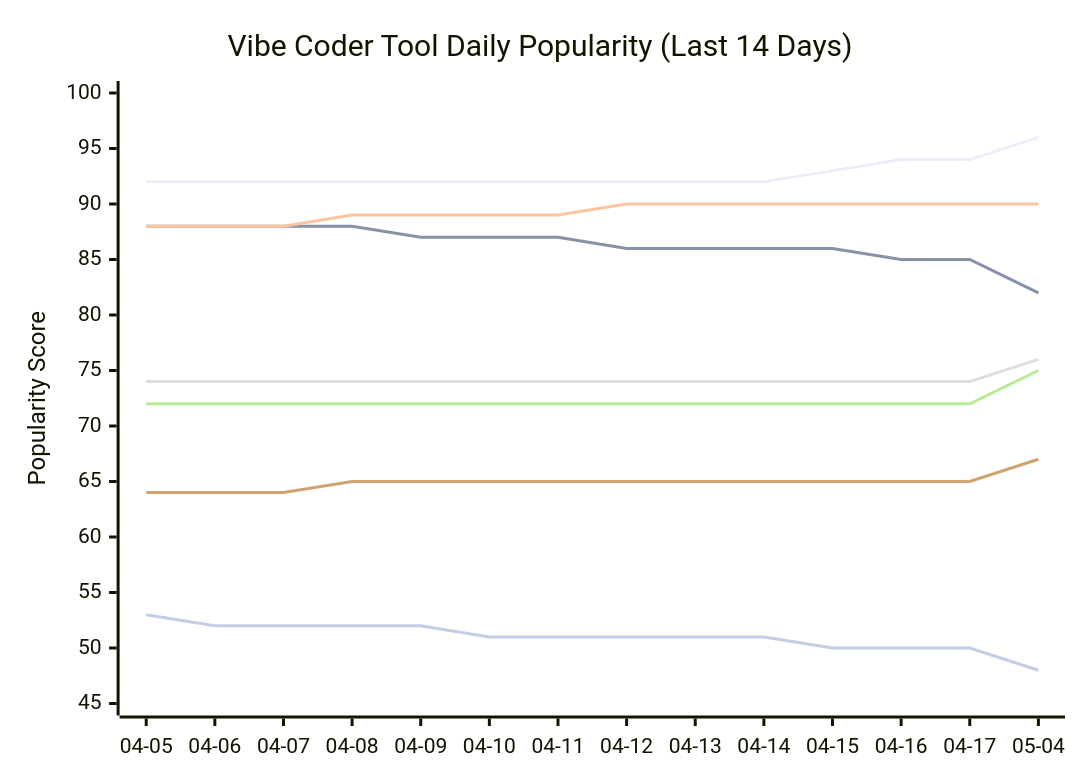
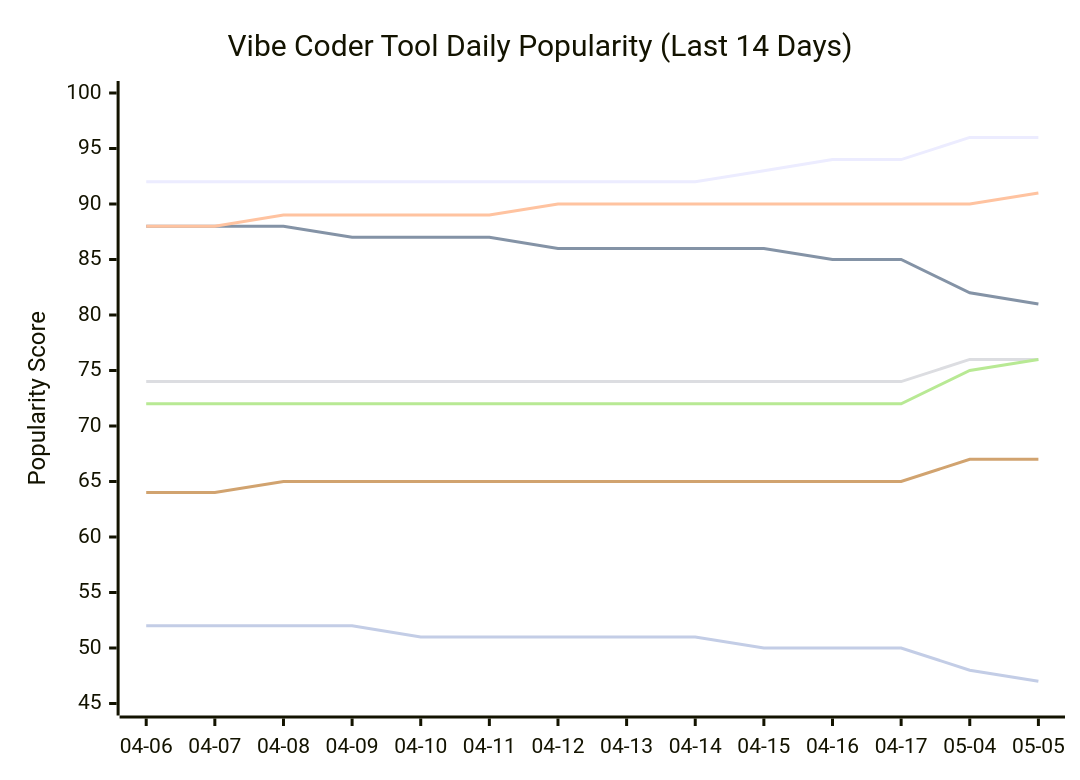
One commit to tykimos/ai-whatchelin changed the seventh of 11 diagrams in README.md. Above: the diagram before and after it, drawn with Mermaid. The commit also changed other lines of this file and 4 other files, not shown here.

````diff
--- a/README.md
+++ b/README.md
@@ -680,13 +692,13 @@
 ```mermaid
 xychart-beta
     title "Vibe Coder Tool Daily Popularity (Last 14 Days)"
-    x-axis ["04-05", "04-06", "04-07", "04-08", "04-09", "04-10", "04-11", "04-12", "04-13", "04-14", "04-15", "04-16", "04-17", "05-04"]
+    x-axis ["04-06", "04-07", "04-08", "04-09", "04-10", "04-11", "04-12", "04-13", "04-14", "04-15", "04-16", "04-17", "05-04", "05-05"]
     y-axis "Popularity Score" 45 --> 100
-    line "Claude Code" [92, 92, 92, 92, 92, 92, 92, 92, 92, 92, 93, 94, 94, 96]
-    line "GH Copilot" [88, 88, 88, 88, 87, 87, 87, 86, 86, 86, 86, 85, 85, 82]
-    line "Cursor" [88, 88, 88, 89, 89, 89, 89, 90, 90, 90, 90, 90, 90, 90]
-    line "Windsurf" [74, 74, 74, 74, 74, 74, 74, 74, 74, 74, 74, 74, 74, 76]
-    line "Codex CLI" [72, 72, 72, 72, 72, 72, 72, 72, 72, 72, 72, 72, 72, 75]
-    line "Gemini CLI" [64, 64, 64, 65, 65, 65, 65, 65, 65, 65, 65, 65, 65, 67]
-    line "Antigravity" [53, 52, 52, 52, 52, 51, 51, 51, 51, 51, 50, 50, 50, 48]
+    line "Claude Code" [92, 92, 92, 92, 92, 92, 92, 92, 92, 93, 94, 94, 96, 96]
+    line "GH Copilot" [88, 88, 88, 87, 87, 87, 86, 86, 86, 86, 85, 85, 82, 81]
+    line "Cursor" [88, 88, 89, 89, 89, 89, 90, 90, 90, 90, 90, 90, 90, 91]
+    line "Windsurf" [74, 74, 74, 74, 74, 74, 74, 74, 74, 74, 74, 74, 76, 76]
+    line "Codex CLI" [72, 72, 72, 72, 72, 72, 72, 72, 72, 72, 72, 72, 75, 76]
+    line "Gemini CLI" [64, 64, 65, 65, 65, 65, 65, 65, 65, 65, 65, 65, 67, 67]
+    line "Antigravity" [52, 52, 52, 52, 51, 51, 51, 51, 51, 50, 50, 50, 48, 47]
 ```
````
